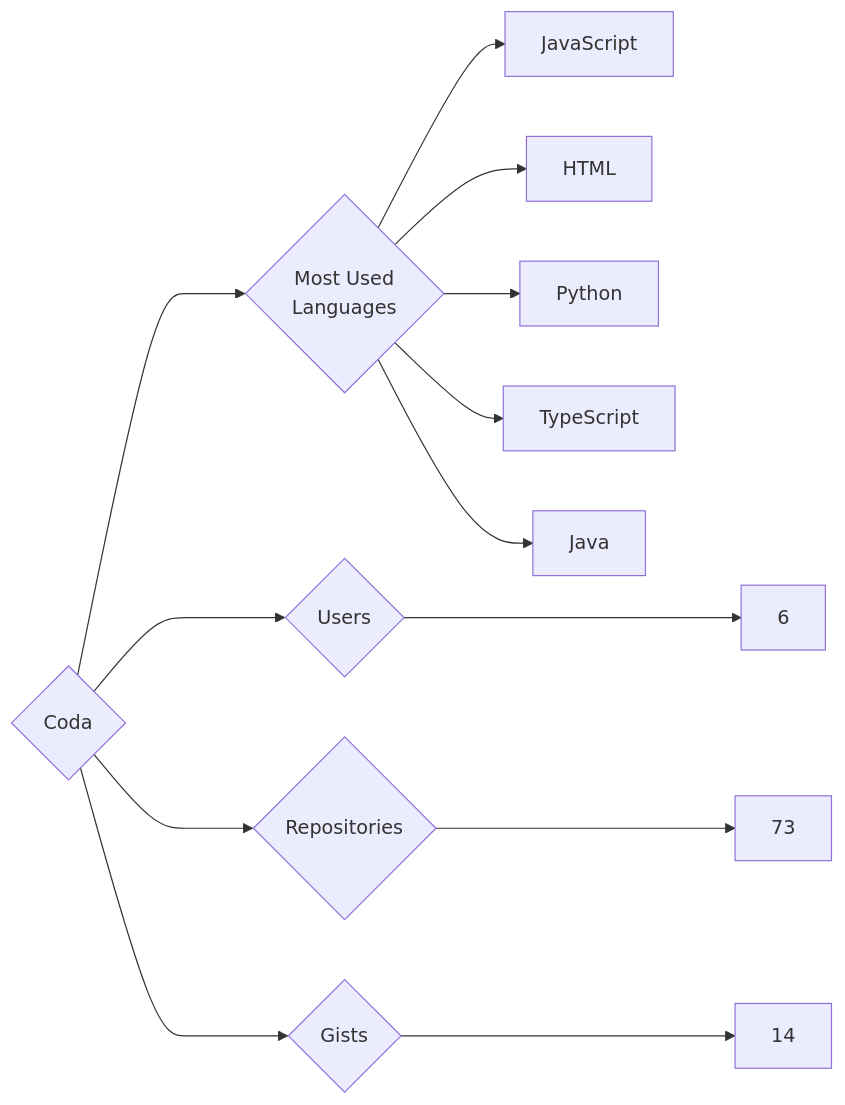
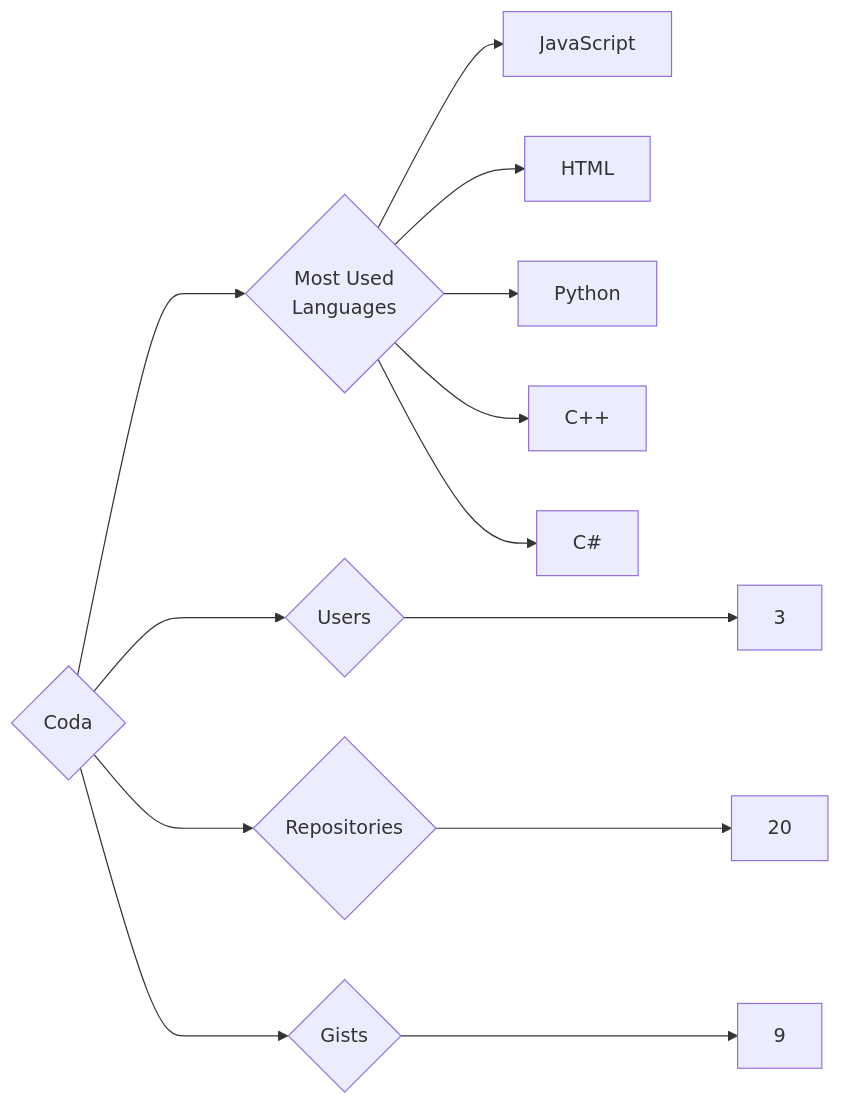
One commit to trickest/insiders changed the diagram in targets/Coda/README.md. Above: the diagram before and after it, drawn with Mermaid. The commit also changed 815 other files, not shown here.

````diff
--- a/targets/Coda/README.md
+++ b/targets/Coda/README.md
@@ -3,13 +3,13 @@
 ```mermaid
 graph LR
 COMPANY_NAME{Coda}
-COMPANY_NAME ---> U{Users} ---> UN[6]
-COMPANY_NAME ---> R{Repositories} ---> RN[73]
-COMPANY_NAME ---> G{Gists} ---> GN[14]
+COMPANY_NAME ---> U{Users} ---> UN[3]
+COMPANY_NAME ---> R{Repositories} ---> RN[20]
+COMPANY_NAME ---> G{Gists} ---> GN[9]
 COMPANY_NAME ---> ML{Most Used<br>Languages}
 ML --> JavaScript[JavaScript]
 ML --> HTML[HTML]
 ML --> Python[Python]
-ML --> TypeScript[TypeScript]
-ML --> Java[Java]
+ML --> C++[C++]
+ML --> C#[C#]
 ```
````
